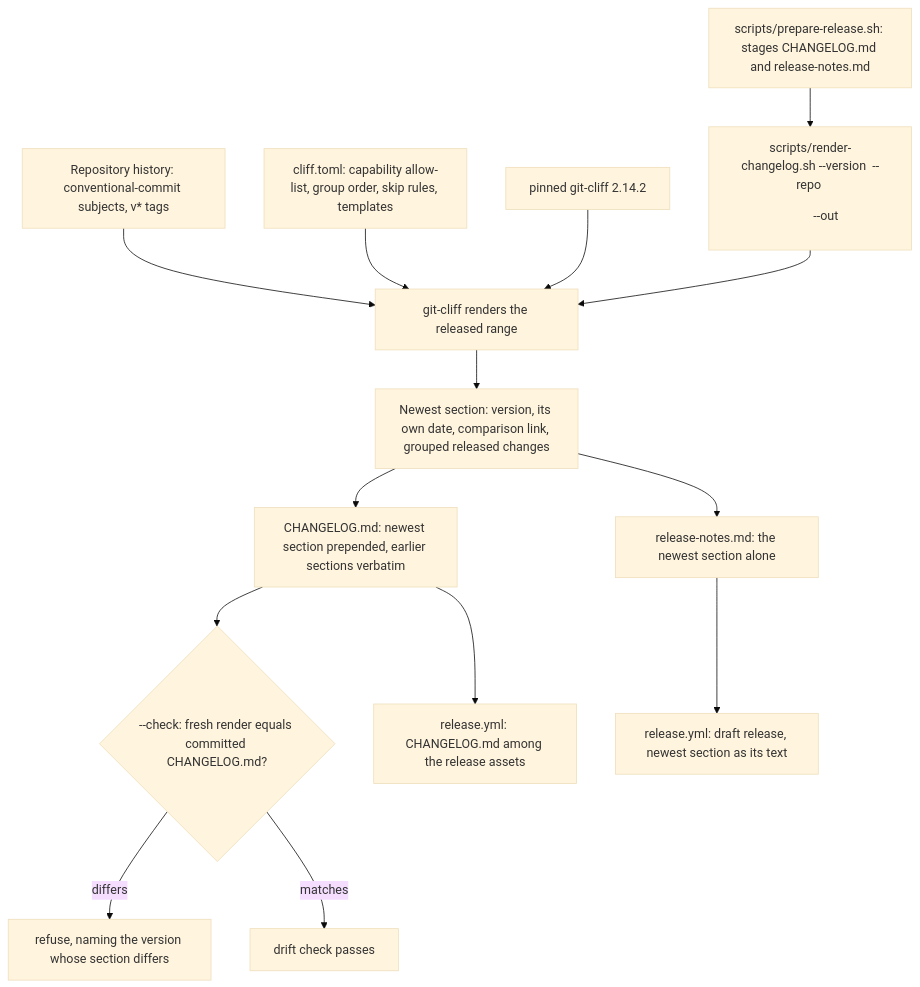
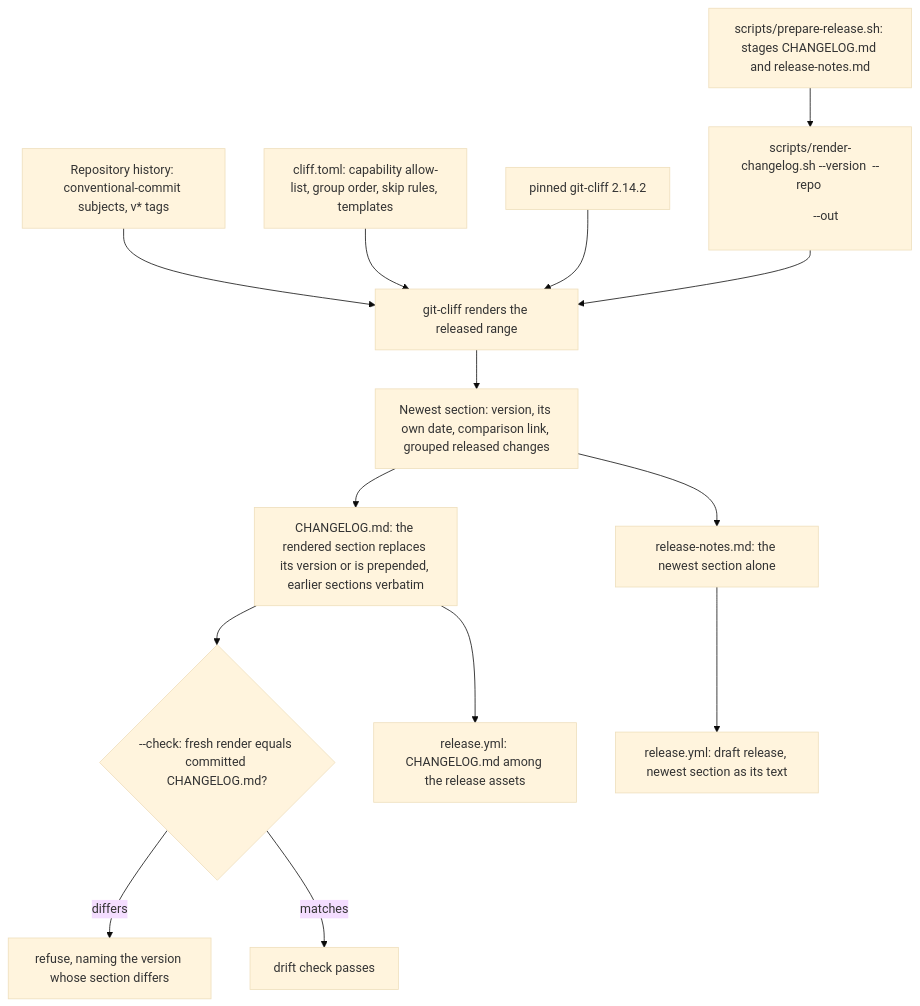
One commit to duty2cal/duty2cal changed the diagram in givn/changes/generate-release-notes/design.md. Above: the diagram before and after it, drawn with Mermaid (base theme). The commit also changed other lines of this file and 3 other files, not shown here.

````diff
--- a/givn/changes/generate-release-notes/design.md
+++ b/givn/changes/generate-release-notes/design.md
@@ -37,26 +37,26 @@
 ```mermaid
 flowchart TB
   HIST["Repository history: conventional-commit subjects, v* tags"]
   CONFIG["cliff.toml: capability allow-list, group order, skip rules, templates"]
   PIN["pinned git-cliff 2.14.2"]
   RENDER["scripts/render-changelog.sh --version <v> --repo <dir> --out <path>"]
   CLIFF["git-cliff renders the released range"]
   SECTION["Newest section: version, its own date, comparison link, grouped released changes"]
-  CL["CHANGELOG.md: newest section prepended, earlier sections verbatim"]
+  CL["CHANGELOG.md: the rendered section replaces its version or is prepended, earlier sections verbatim"]
   TEXT["release-notes.md: the newest section alone"]
   CHECK{"--check: fresh render equals committed CHANGELOG.md?"}
   PREP["scripts/prepare-release.sh: stages CHANGELOG.md and release-notes.md"]
   HIST --> CLIFF
   CONFIG --> CLIFF
   PIN --> CLIFF
   RENDER --> CLIFF
   CLIFF --> SECTION
   SECTION --> CL
   SECTION --> TEXT
   CL --> CHECK
   CHECK -->|differs| REFUSE["refuse, naming the version whose section differs"]
   CHECK -->|matches| OK["drift check passes"]
   PREP --> RENDER
   TEXT --> DRAFT["release.yml: draft release, newest section as its text"]
   CL --> ASSET["release.yml: CHANGELOG.md among the release assets"]
 ```
````
